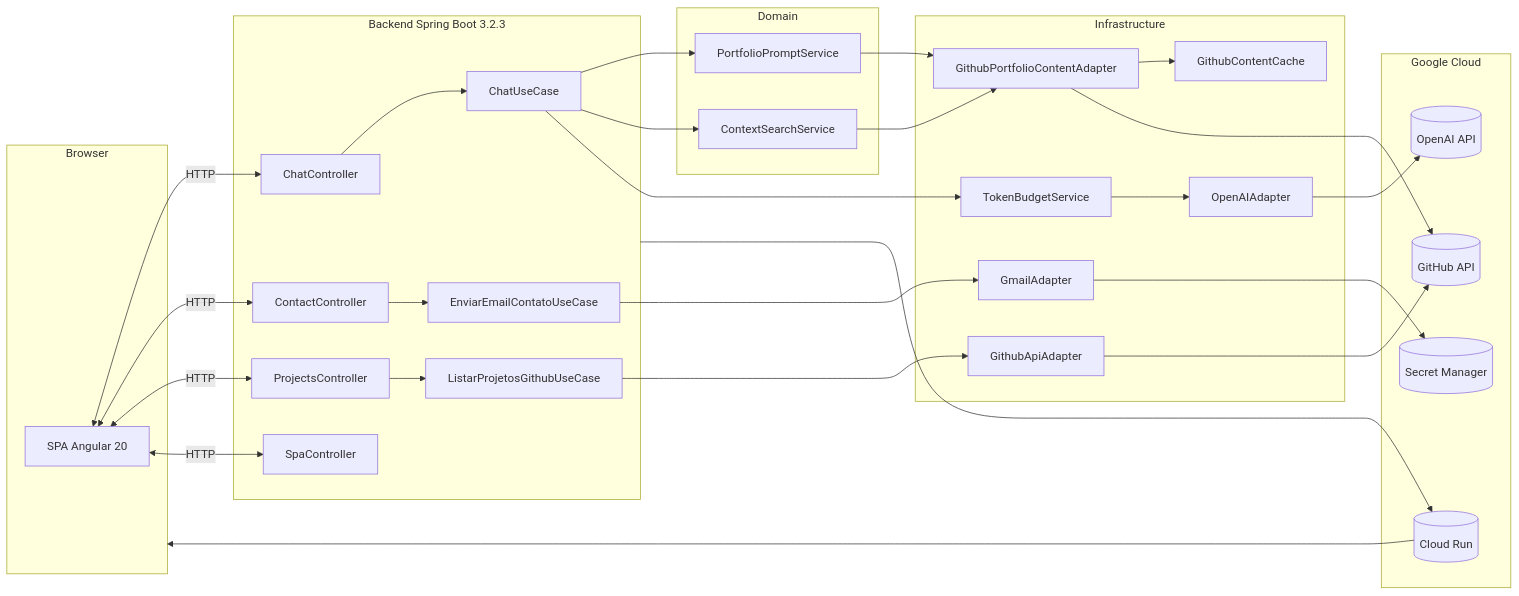
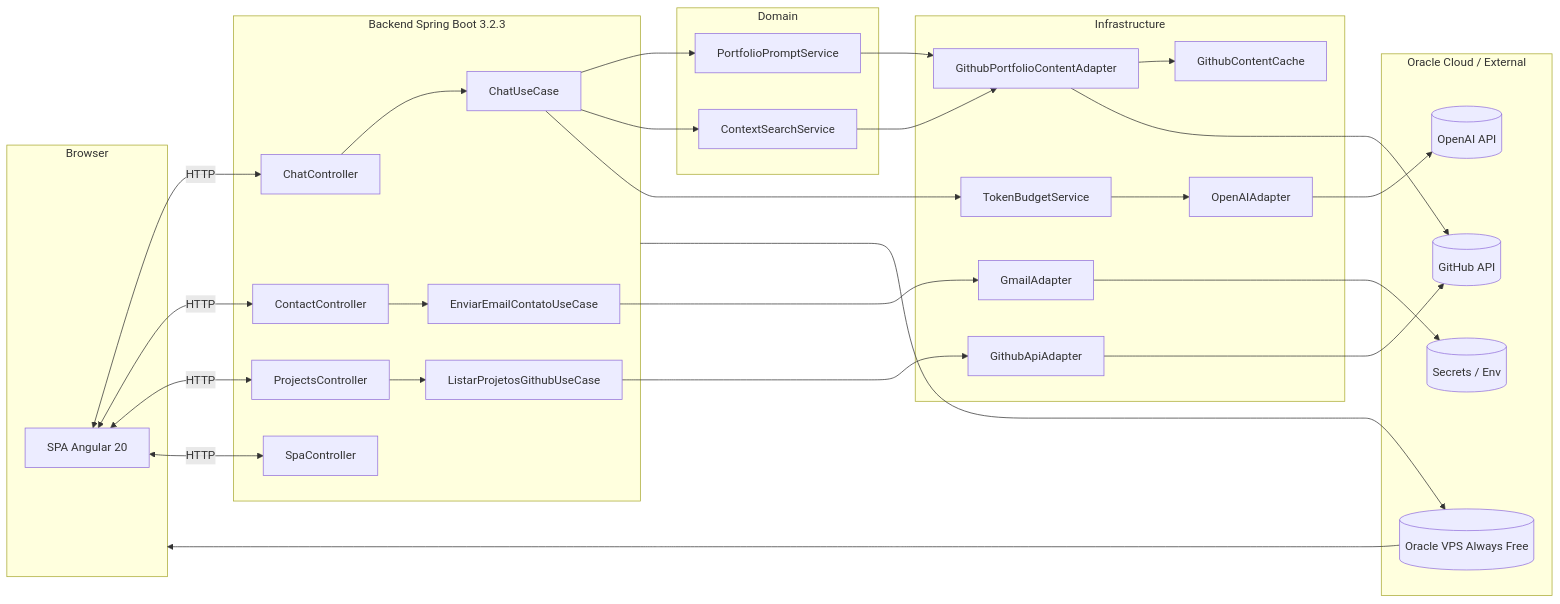
Before and after one commit to wmakeouthill/certificados-wesley: the first of 2 diagrams in portfolio-content/projects/wmakeouthill.github.io-english.md, drawn with Mermaid. The commit also changed other lines of this file and 8 other files, not shown here.

````diff
--- a/portfolio-content/projects/wmakeouthill.github.io-english.md
+++ b/portfolio-content/projects/wmakeouthill.github.io-english.md
@@ -43,66 +43,66 @@
 ```mermaid
 %%{title: "General Architecture of the Professional Portfolio"}%%
 flowchart LR
     subgraph Browser
         A[SPA Angular 20]
     end
 
     subgraph Backend[Backend Spring Boot 3.2.3]
         B1[ChatController]
         B2[ContactController]
         B3[ProjectsController]
         B4[SpaController]
 
         UC_CHAT[ChatUseCase]
         UC_CONTACT[EnviarEmailContatoUseCase]
         UC_PROJECTS[ListarProjetosGithubUseCase]
 
         B1 --> UC_CHAT
         B2 --> UC_CONTACT
         B3 --> UC_PROJECTS
     end
 
     subgraph Domain[Domain]
         D1[PortfolioPromptService]
         D2[ContextSearchService]
     end
 
     subgraph Infra[Infrastructure]
         AI[OpenAIAdapter]
         GH[GithubApiAdapter]
         GH_CONTENT[GithubPortfolioContentAdapter]
         CACHE[GithubContentCache]
         MAIL[GmailAdapter]
         BUDGET[TokenBudgetService]
     end
 
-    subgraph Cloud[Google Cloud]
-        SM[(Secret Manager)]
-        CR[(Cloud Run)]
+    subgraph Cloud[Oracle Cloud / External]
+        SM[(Secrets / Env)]
+        VPS[(Oracle VPS Always Free)]
         OA[(OpenAI API)]
         GITHUB[(GitHub API)]
     end
 
     A <-- HTTP --> B1
     A <-- HTTP --> B2
     A <-- HTTP --> B3
     A <-- HTTP --> B4
 
     UC_CHAT --> D1
     UC_CHAT --> D2
     UC_CHAT --> BUDGET
     D1 --> GH_CONTENT
     D2 --> GH_CONTENT
     BUDGET --> AI
     UC_CONTACT --> MAIL
     UC_PROJECTS --> GH
 
     AI --> OA
     GH --> GITHUB
     GH_CONTENT --> CACHE
     GH_CONTENT --> GITHUB
     MAIL --> SM
 
-    Backend --> CR
-    CR --> Browser
+    Backend --> VPS
+    VPS --> Browser
 ```
````
